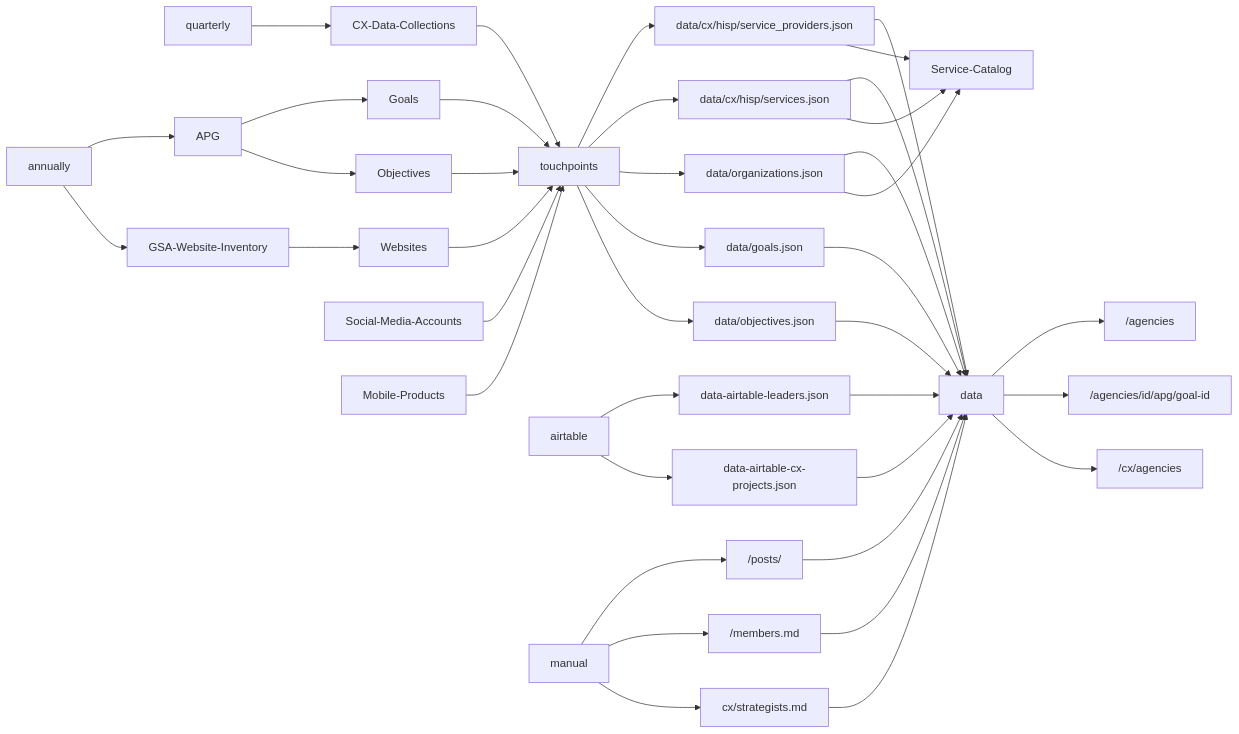
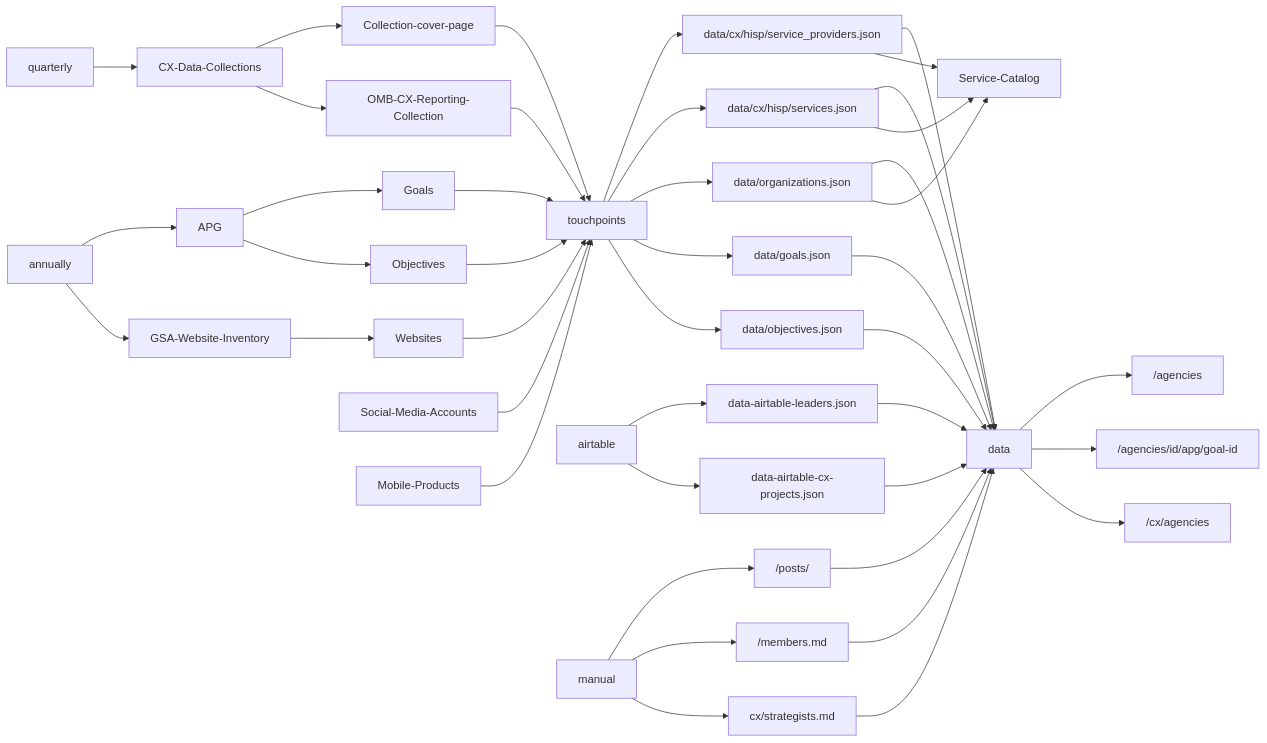
Before and after one commit to mvogelgesang/EDX: the diagram in processes/data-collections.md, drawn with Mermaid.

Commit message:
add Collection and OMB CX Reporting Collections

````diff
--- a/processes/data-collections.md
+++ b/processes/data-collections.md
@@ -1,59 +1,62 @@
 ```mermaid
 flowchart LR;
 
    quarterly-->CX-Data-Collections;
    annually-->APG;
    annually-->GSA-Website-Inventory;  
 
-   CX-Data-Collections-->touchpoints;
+   CX-Data-Collections-->Collection-cover-page;
+   CX-Data-Collections-->OMB-CX-Reporting-Collection;  
+   Collection-cover-page-->touchpoints;
+   OMB-CX-Reporting-Collection-->touchpoints;
 
    APG-->Goals;
    APG-->Objectives;
    GSA-Website-Inventory-->Websites;
 
    touchpoints-->data/cx/hisp/service_providers.json;
    touchpoints-->data/cx/hisp/services.json;
    touchpoints-->data/organizations.json;
    touchpoints-->data/goals.json;  
    touchpoints-->data/objectives.json;
    airtable-->data-airtable-leaders.json;
    airtable-->data-airtable-cx-projects.json;
 
 
    manual-->/posts/;
    /posts/-->data;
 
    manual-->/members.md;
    /members.md-->data;
 
 
    manual-->cx/strategists.md;
    cx/strategists.md-->data;
 
    data/cx/hisp/service_providers.json-->data;
    data/cx/hisp/services.json-->data;
    data/organizations.json-->data;
    data/goals.json-->data;  
    data/objectives.json-->data;
    data-airtable-leaders.json-->data;
    data-airtable-cx-projects.json-->data;
 
    data-->/agencies;
    data-->/agencies/id/apg/goal-id;
    data-->/cx/agencies;
 
 
 
    Websites-->touchpoints;  
    Social-Media-Accounts-->touchpoints;  
    Mobile-Products-->touchpoints;    
 
    Goals-->touchpoints;
    Objectives-->touchpoints;
 
 
    data/cx/hisp/service_providers.json-->Service-Catalog;
    data/cx/hisp/services.json-->Service-Catalog;
    data/organizations.json-->Service-Catalog;
 
 ```
````
